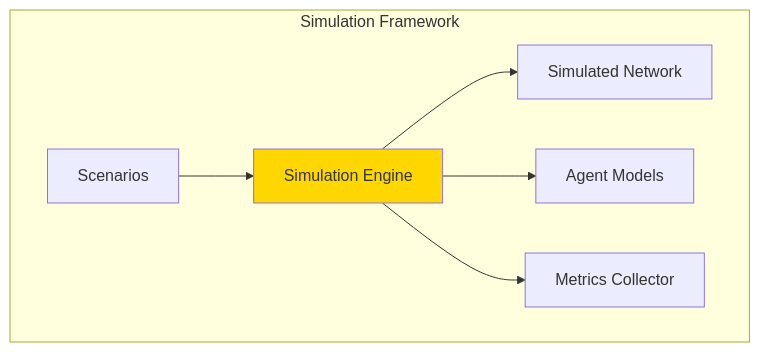
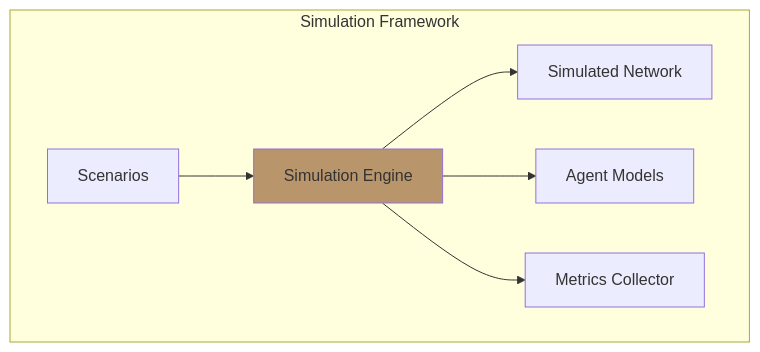
Before and after one commit to ScopeCreep-zip/Symbiont: the first of 2 diagrams in docs/tutorials/running-simulations.md, drawn with Mermaid. The commit also changed 17 other files, not shown here.

Commit message:
update to diagram colors

````diff
--- a/docs/tutorials/running-simulations.md
+++ b/docs/tutorials/running-simulations.md
@@ -24,17 +24,17 @@
 ```mermaid
 graph TB
     subgraph "Simulation Framework"
         SIM[Simulation Engine]
         NET[Simulated Network]
         AGT[Agent Models]
         SCN[Scenarios]
         MET[Metrics Collector]
     end
 
     SCN --> SIM
     SIM --> NET
     SIM --> AGT
     SIM --> MET
 
-    style SIM fill:#FFD700
+    style SIM fill:#b8956b
 ```
````
